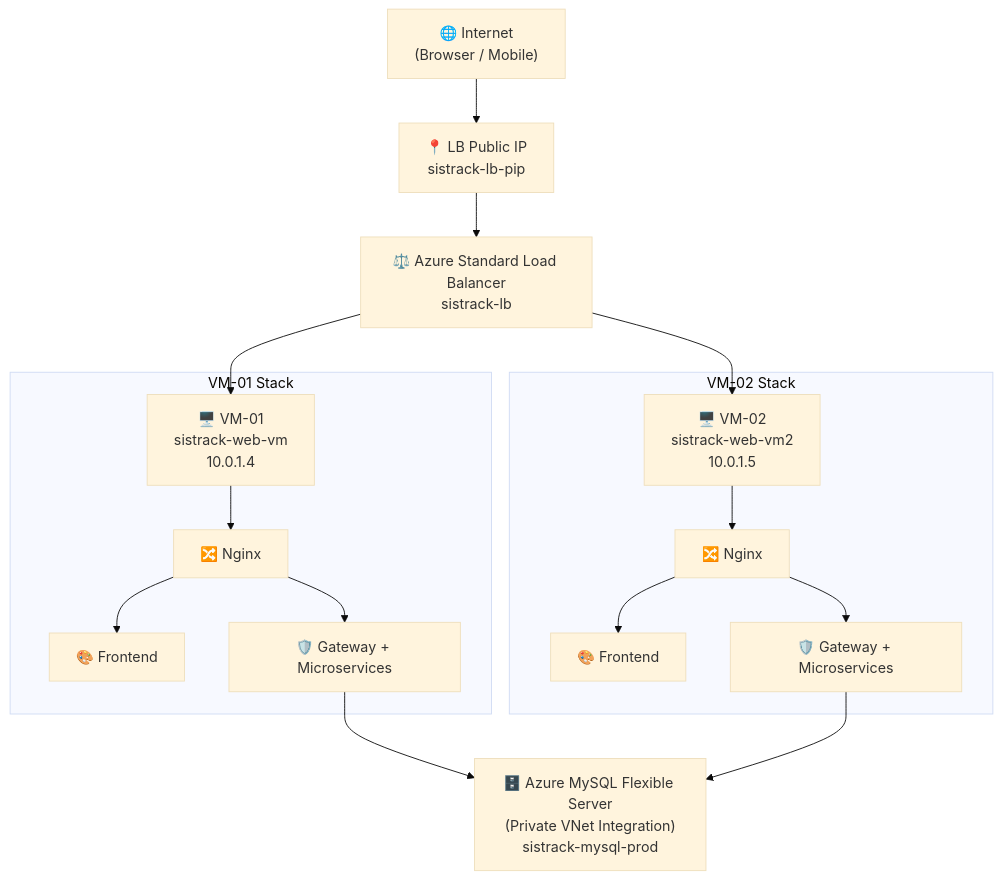
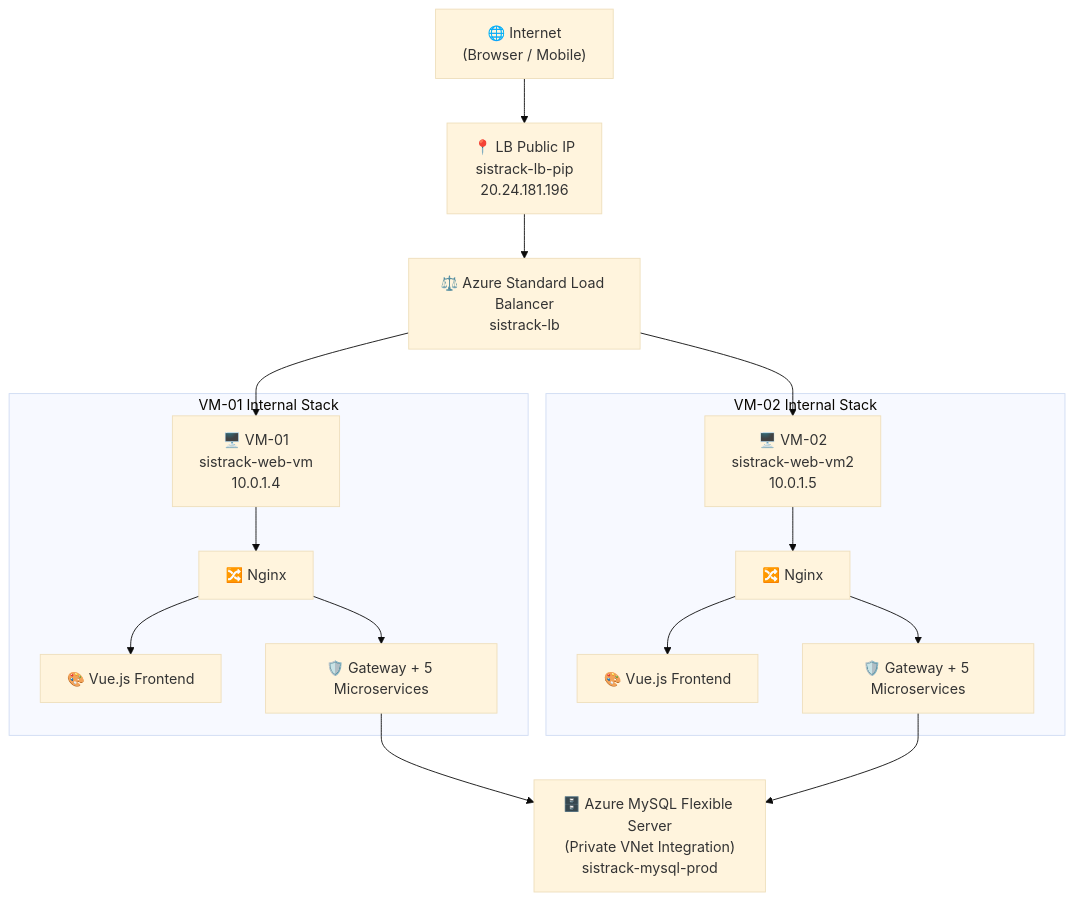
Before and after one commit to adamyudhistiramuhtar-byte/SistrackV2: the second of 5 diagrams in docs/cloud-infrastructure/AzureArchitecture.md, drawn with Mermaid (base theme). The commit also changed other lines of this file and 15 other files, not shown here.

Commit message:
docs: overhaul project documentation with comprehensive cloud architecture guides and professionalize README content

````diff
--- a/docs/cloud-infrastructure/AzureArchitecture.md
+++ b/docs/cloud-infrastructure/AzureArchitecture.md
@@ -66,23 +86,23 @@
 ```mermaid
 graph TD
-    Internet["🌐 Internet<br/>(Browser / Mobile)"] --> LB_PIP["📍 LB Public IP<br/>sistrack-lb-pip"]
+    Internet["🌐 Internet<br/>(Browser / Mobile)"] --> LB_PIP["📍 LB Public IP<br/>sistrack-lb-pip<br/>20.24.181.196"]
     LB_PIP --> ALB["⚖️ Azure Standard Load Balancer<br/>sistrack-lb"]
     
     ALB --> VM1["🖥️ VM-01<br/>sistrack-web-vm<br/>10.0.1.4"]
     ALB --> VM2["🖥️ VM-02<br/>sistrack-web-vm2<br/>10.0.1.5"]
     
-    subgraph VM1_Stack ["VM-01 Stack"]
+    subgraph VM1_Stack ["VM-01 Internal Stack"]
         VM1 --> Nginx1["🔀 Nginx"]
-        Nginx1 --> FE1["🎨 Frontend"]
-        Nginx1 --> GW1["🛡️ Gateway + Microservices"]
+        Nginx1 --> FE1["🎨 Vue.js Frontend"]
+        Nginx1 --> GW1["🛡️ Gateway + 5 Microservices"]
     end
     
-    subgraph VM2_Stack ["VM-02 Stack"]
+    subgraph VM2_Stack ["VM-02 Internal Stack"]
         VM2 --> Nginx2["🔀 Nginx"]
-        Nginx2 --> FE2["🎨 Frontend"]
-        Nginx2 --> GW2["🛡️ Gateway + Microservices"]
+        Nginx2 --> FE2["🎨 Vue.js Frontend"]
+        Nginx2 --> GW2["🛡️ Gateway + 5 Microservices"]
     end
     
     GW1 --> DB["🗄️ Azure MySQL Flexible Server<br/>(Private VNet Integration)<br/>sistrack-mysql-prod"]
     GW2 --> DB
 ```
````
